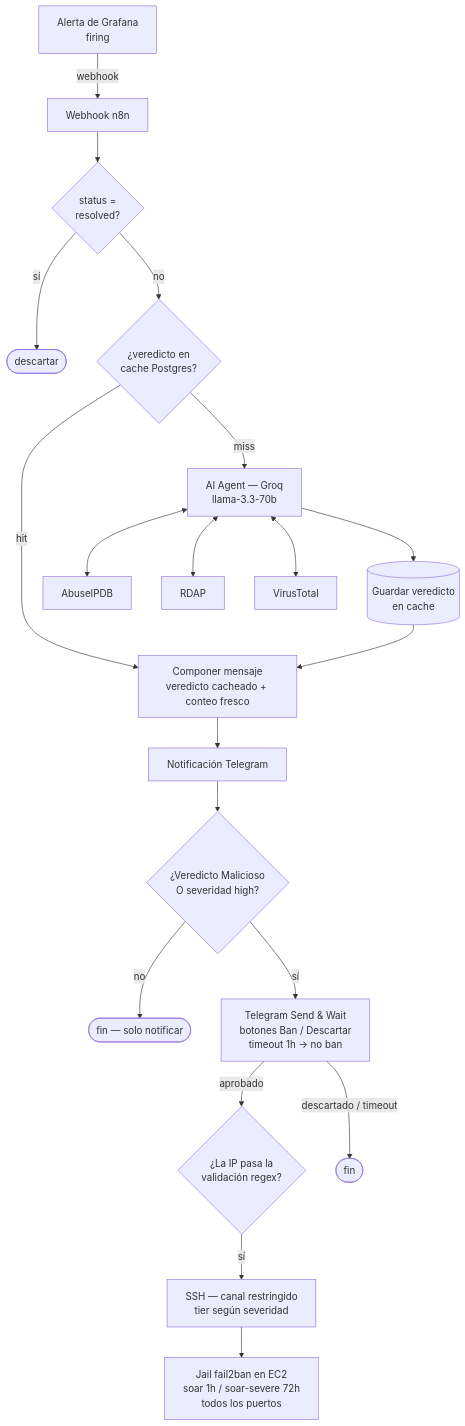
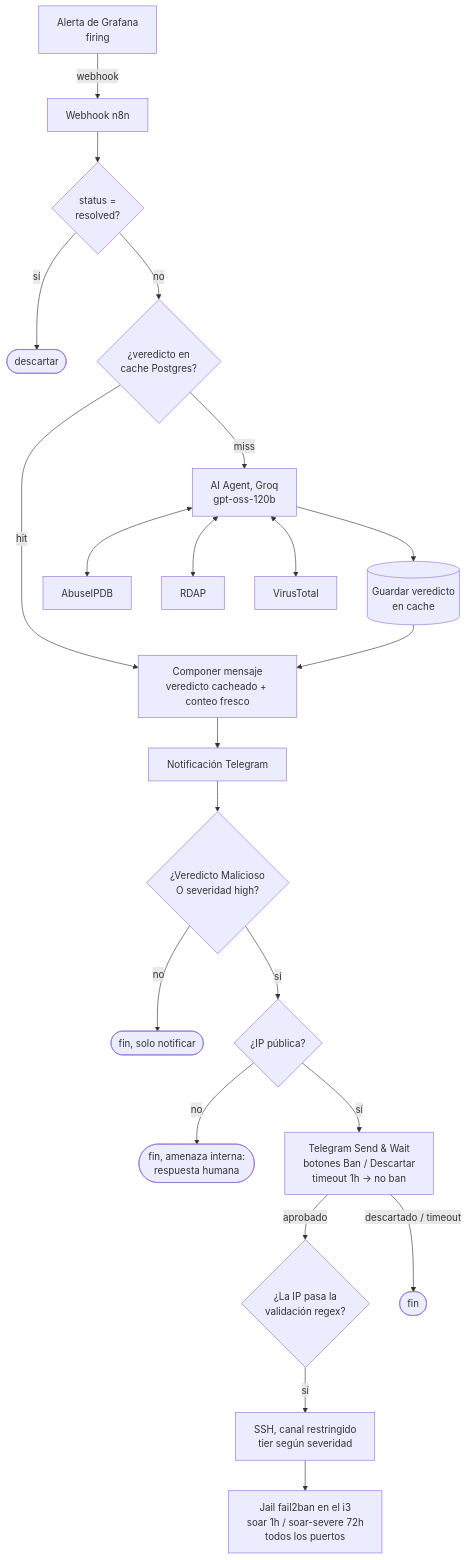
Before and after one commit to JoseArgento/wow-classic-secure-lab: the diagram in docs/soar-pipeline.es.md, drawn with Mermaid. The commit also changed other lines of this file and 14 other files, not shown here.

Commit message:
docs: README v3, ADR-001, modelo de amenazas, diagrama y evidencia

````diff
--- a/docs/soar-pipeline.es.md
+++ b/docs/soar-pipeline.es.md
@@ -28,22 +35,24 @@
 ```mermaid
 flowchart TD
     G[Alerta de Grafana<br/>firing] -->|webhook| W[Webhook n8n]
     W --> F{status =<br/>resolved?}
     F -->|sí| X1([descartar])
     F -->|no| C{¿veredicto en<br/>cache Postgres?}
     C -->|hit| M[Componer mensaje<br/>veredicto cacheado + conteo fresco]
-    C -->|miss| A[AI Agent — Groq<br/>llama-3.3-70b]
+    C -->|miss| A[AI Agent, Groq<br/>gpt-oss-120b]
     A <--> T1[AbuseIPDB]
     A <--> T2[RDAP]
     A <--> T3[VirusTotal]
     A --> S[(Guardar veredicto<br/>en cache)]
     S --> M
     M --> TG[Notificación Telegram]
     TG --> IF{¿Veredicto Malicioso<br/>O severidad high?}
-    IF -->|no| X2([fin — solo notificar])
-    IF -->|sí| SW[Telegram Send & Wait<br/>botones Ban / Descartar<br/>timeout 1h → no ban]
+    IF -->|no| X2([fin, solo notificar])
+    IF -->|sí| PUB{¿IP pública?}
+    PUB -->|no| X4([fin, amenaza interna:<br/>respuesta humana])
+    PUB -->|sí| SW[Telegram Send & Wait<br/>botones Ban / Descartar<br/>timeout 1h -> no ban]
     SW -->|aprobado| RX{¿La IP pasa la<br/>validación regex?}
     SW -->|descartado / timeout| X3([fin])
-    RX -->|sí| SSH[SSH — canal restringido<br/>tier según severidad]
-    SSH --> J[Jail fail2ban en EC2<br/>soar 1h / soar-severe 72h<br/>todos los puertos]
+    RX -->|sí| SSH[SSH, canal restringido<br/>tier según severidad]
+    SSH --> J[Jail fail2ban en el i3<br/>soar 1h / soar-severe 72h<br/>todos los puertos]
 ```
````
